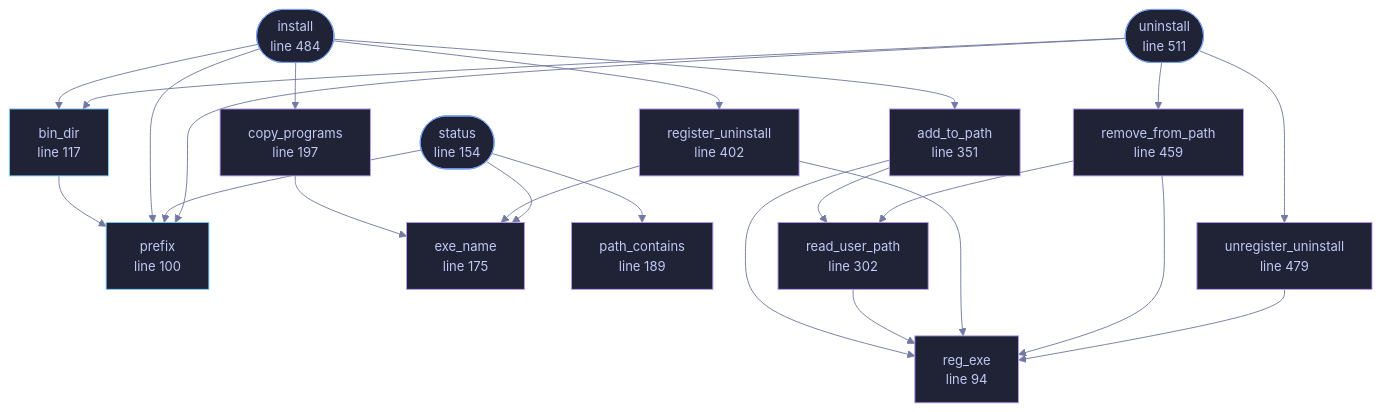
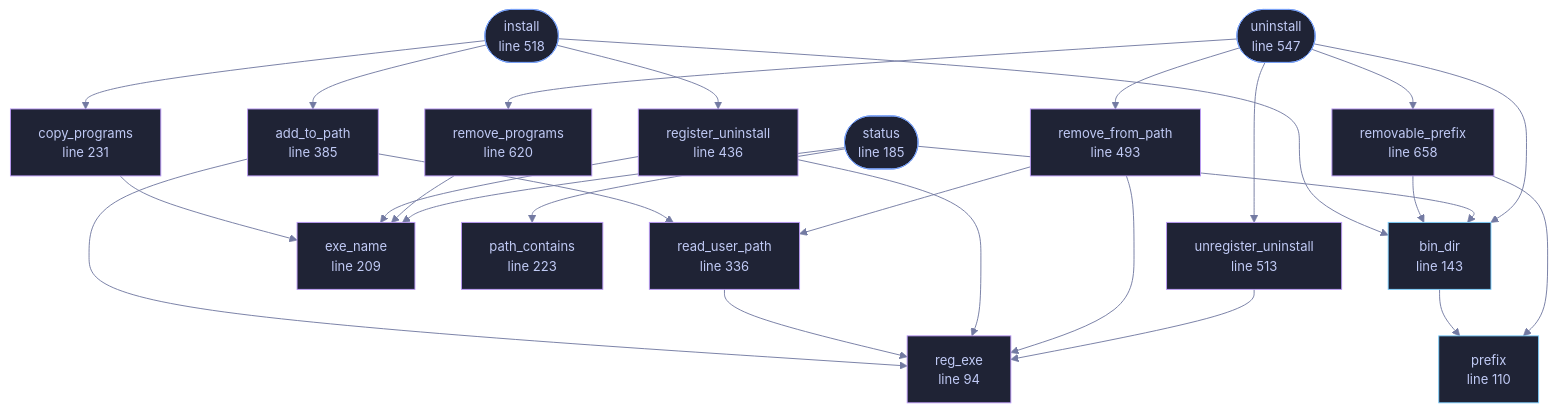
Before and after one commit to tilas01/veilvoice: the diagram in docs/files/veilvoice-setup/install.md, drawn with Mermaid. The commit also changed other lines of this file and 32 other files, not shown here.

````diff
--- a/docs/files/veilvoice-setup/install.md
+++ b/docs/files/veilvoice-setup/install.md
@@ -131,68 +131,75 @@
 ```mermaid
 %%{init: {"theme":"base","themeVariables":{"background":"#1a1b26","primaryColor":"#1f2335","primaryTextColor":"#c0caf5","primaryBorderColor":"#7aa2f7","secondaryColor":"#16161e","tertiaryColor":"#16161e","lineColor":"#737aa2","textColor":"#c0caf5","mainBkg":"#1f2335","nodeBorder":"#7aa2f7","clusterBkg":"#16161e","clusterBorder":"#2f3549","fontFamily":"ui-monospace, SFMono-Regular, Consolas, monospace","fontSize":"14px"}}}%%
 flowchart TD
     n_reg_exe["reg_exe<br/>line 94"]
-    n_prefix["prefix<br/>line 100"]
-    n_bin_dir["bin_dir<br/>line 117"]
-    n_status(["status<br/>line 154"])
-    n_exe_name["exe_name<br/>line 175"]
-    n_path_contains["path_contains<br/>line 189"]
-    n_copy_programs["copy_programs<br/>line 197"]
-    n_add_to_path["add_to_path<br/>line 240"]
-    n_read_user_path["read_user_path<br/>line 302"]
-    n_add_to_path["add_to_path<br/>line 351"]
-    n_register_uninstall["register_uninstall<br/>line 361"]
-    n_register_uninstall["register_uninstall<br/>line 402"]
-    n_remove_from_path["remove_from_path<br/>line 413"]
-    n_remove_from_path["remove_from_path<br/>line 459"]
-    n_unregister_uninstall["unregister_uninstall<br/>line 469"]
-    n_unregister_uninstall["unregister_uninstall<br/>line 479"]
-    n_install(["install<br/>line 484"])
-    n_uninstall(["uninstall<br/>line 511"])
+    n_prefix["prefix<br/>line 110"]
+    n_bin_dir["bin_dir<br/>line 143"]
+    n_status(["status<br/>line 185"])
+    n_exe_name["exe_name<br/>line 209"]
+    n_path_contains["path_contains<br/>line 223"]
+    n_copy_programs["copy_programs<br/>line 231"]
+    n_add_to_path["add_to_path<br/>line 274"]
+    n_read_user_path["read_user_path<br/>line 336"]
+    n_add_to_path["add_to_path<br/>line 385"]
+    n_register_uninstall["register_uninstall<br/>line 395"]
+    n_register_uninstall["register_uninstall<br/>line 436"]
+    n_remove_from_path["remove_from_path<br/>line 447"]
+    n_remove_from_path["remove_from_path<br/>line 493"]
+    n_unregister_uninstall["unregister_uninstall<br/>line 503"]
+    n_unregister_uninstall["unregister_uninstall<br/>line 513"]
+    n_install(["install<br/>line 518"])
+    n_uninstall(["uninstall<br/>line 547"])
+    n_remove_programs["remove_programs<br/>line 620"]
+    n_removable_prefix["removable_prefix<br/>line 658"]
     n_add_to_path --> n_read_user_path
     n_add_to_path --> n_reg_exe
     n_bin_dir --> n_prefix
     n_copy_programs --> n_exe_name
     n_install --> n_add_to_path
     n_install --> n_bin_dir
     n_install --> n_copy_programs
-    n_install --> n_prefix
     n_install --> n_register_uninstall
     n_read_user_path --> n_reg_exe
     n_register_uninstall --> n_exe_name
     n_register_uninstall --> n_reg_exe
+    n_removable_prefix --> n_bin_dir
+    n_removable_prefix --> n_prefix
     n_remove_from_path --> n_read_user_path
     n_remove_from_path --> n_reg_exe
+    n_remove_programs --> n_exe_name
+    n_status --> n_bin_dir
     n_status --> n_exe_name
     n_status --> n_path_contains
-    n_status --> n_prefix
     n_uninstall --> n_bin_dir
-    n_uninstall --> n_prefix
+    n_uninstall --> n_removable_prefix
     n_uninstall --> n_remove_from_path
+    n_uninstall --> n_remove_programs
     n_uninstall --> n_unregister_uninstall
     n_unregister_uninstall --> n_reg_exe
     click n_reg_exe href "https://github.com/tilas01/veilvoice/blob/main/crates/veilvoice-setup/src/install.rs#L94" "open the source"
-    click n_prefix href "https://github.com/tilas01/veilvoice/blob/main/crates/veilvoice-setup/src/install.rs#L100" "open the source"
-    click n_bin_dir href "https://github.com/tilas01/veilvoice/blob/main/crates/veilvoice-setup/src/install.rs#L117" "open the source"
-    click n_status href "https://github.com/tilas01/veilvoice/blob/main/crates/veilvoice-setup/src/install.rs#L154" "open the source"
-    click n_exe_name href "https://github.com/tilas01/veilvoice/blob/main/crates/veilvoice-setup/src/install.rs#L175" "open the source"
-    click n_path_contains href "https://github.com/tilas01/veilvoice/blob/main/crates/veilvoice-setup/src/install.rs#L189" "open the source"
-    click n_copy_programs href "https://github.com/tilas01/veilvoice/blob/main/crates/veilvoice-setup/src/install.rs#L197" "open the source"
-    click n_add_to_path href "https://github.com/tilas01/veilvoice/blob/main/crates/veilvoice-setup/src/install.rs#L240" "open the source"
-    click n_read_user_path href "https://github.com/tilas01/veilvoice/blob/main/crates/veilvoice-setup/src/install.rs#L302" "open the source"
-    click n_add_to_path href "https://github.com/tilas01/veilvoice/blob/main/crates/veilvoice-setup/src/install.rs#L351" "open the source"
-    click n_register_uninstall href "https://github.com/tilas01/veilvoice/blob/main/crates/veilvoice-setup/src/install.rs#L361" "open the source"
-    click n_register_uninstall href "https://github.com/tilas01/veilvoice/blob/main/crates/veilvoice-setup/src/install.rs#L402" "open the source"
-    click n_remove_from_path href "https://github.com/tilas01/veilvoice/blob/main/crates/veilvoice-setup/src/install.rs#L413" "open the source"
-    click n_remove_from_path href "https://github.com/tilas01/veilvoice/blob/main/crates/veilvoice-setup/src/install.rs#L459" "open the source"
-    click n_unregister_uninstall href "https://github.com/tilas01/veilvoice/blob/main/crates/veilvoice-setup/src/install.rs#L469" "open the source"
-    click n_unregister_uninstall href "https://github.com/tilas01/veilvoice/blob/main/crates/veilvoice-setup/src/install.rs#L479" "open the source"
-    click n_install href "https://github.com/tilas01/veilvoice/blob/main/crates/veilvoice-setup/src/install.rs#L484" "open the source"
-    click n_uninstall href "https://github.com/tilas01/veilvoice/blob/main/crates/veilvoice-setup/src/install.rs#L511" "open the source"
+    click n_prefix href "https://github.com/tilas01/veilvoice/blob/main/crates/veilvoice-setup/src/install.rs#L110" "open the source"
+    click n_bin_dir href "https://github.com/tilas01/veilvoice/blob/main/crates/veilvoice-setup/src/install.rs#L143" "open the source"
+    click n_status href "https://github.com/tilas01/veilvoice/blob/main/crates/veilvoice-setup/src/install.rs#L185" "open the source"
+    click n_exe_name href "https://github.com/tilas01/veilvoice/blob/main/crates/veilvoice-setup/src/install.rs#L209" "open the source"
+    click n_path_contains href "https://github.com/tilas01/veilvoice/blob/main/crates/veilvoice-setup/src/install.rs#L223" "open the source"
+    click n_copy_programs href "https://github.com/tilas01/veilvoice/blob/main/crates/veilvoice-setup/src/install.rs#L231" "open the source"
+    click n_add_to_path href "https://github.com/tilas01/veilvoice/blob/main/crates/veilvoice-setup/src/install.rs#L274" "open the source"
+    click n_read_user_path href "https://github.com/tilas01/veilvoice/blob/main/crates/veilvoice-setup/src/install.rs#L336" "open the source"
+    click n_add_to_path href "https://github.com/tilas01/veilvoice/blob/main/crates/veilvoice-setup/src/install.rs#L385" "open the source"
+    click n_register_uninstall href "https://github.com/tilas01/veilvoice/blob/main/crates/veilvoice-setup/src/install.rs#L395" "open the source"
+    click n_register_uninstall href "https://github.com/tilas01/veilvoice/blob/main/crates/veilvoice-setup/src/install.rs#L436" "open the source"
+    click n_remove_from_path href "https://github.com/tilas01/veilvoice/blob/main/crates/veilvoice-setup/src/install.rs#L447" "open the source"
+    click n_remove_from_path href "https://github.com/tilas01/veilvoice/blob/main/crates/veilvoice-setup/src/install.rs#L493" "open the source"
+    click n_unregister_uninstall href "https://github.com/tilas01/veilvoice/blob/main/crates/veilvoice-setup/src/install.rs#L503" "open the source"
+    click n_unregister_uninstall href "https://github.com/tilas01/veilvoice/blob/main/crates/veilvoice-setup/src/install.rs#L513" "open the source"
+    click n_install href "https://github.com/tilas01/veilvoice/blob/main/crates/veilvoice-setup/src/install.rs#L518" "open the source"
+    click n_uninstall href "https://github.com/tilas01/veilvoice/blob/main/crates/veilvoice-setup/src/install.rs#L547" "open the source"
+    click n_remove_programs href "https://github.com/tilas01/veilvoice/blob/main/crates/veilvoice-setup/src/install.rs#L620" "open the source"
+    click n_removable_prefix href "https://github.com/tilas01/veilvoice/blob/main/crates/veilvoice-setup/src/install.rs#L658" "open the source"
     classDef entry fill:#1f2335,stroke:#7aa2f7,color:#c0caf5
     class n_status,n_install,n_uninstall entry
     classDef api fill:#1f2335,stroke:#7dcfff,color:#c0caf5
     class n_prefix,n_bin_dir api
     classDef helper fill:#1f2335,stroke:#bb9af7,color:#c0caf5
-    class n_reg_exe,n_exe_name,n_path_contains,n_copy_programs,n_add_to_path,n_read_user_path,n_add_to_path,n_register_uninstall,n_register_uninstall,n_remove_from_path,n_remove_from_path,n_unregister_uninstall,n_unregister_uninstall helper
+    class n_reg_exe,n_exe_name,n_path_contains,n_copy_programs,n_add_to_path,n_read_user_path,n_add_to_path,n_register_uninstall,n_register_uninstall,n_remove_from_path,n_remove_from_path,n_unregister_uninstall,n_unregister_uninstall,n_remove_programs,n_removable_prefix helper
 ```
````
